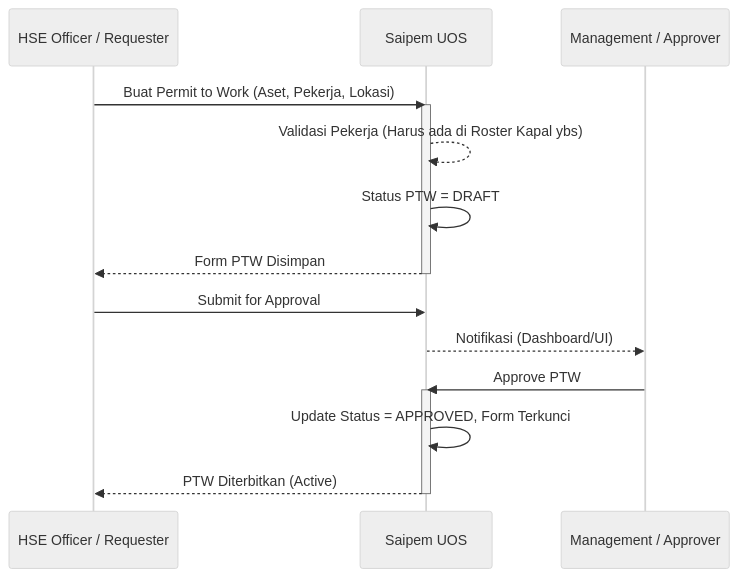
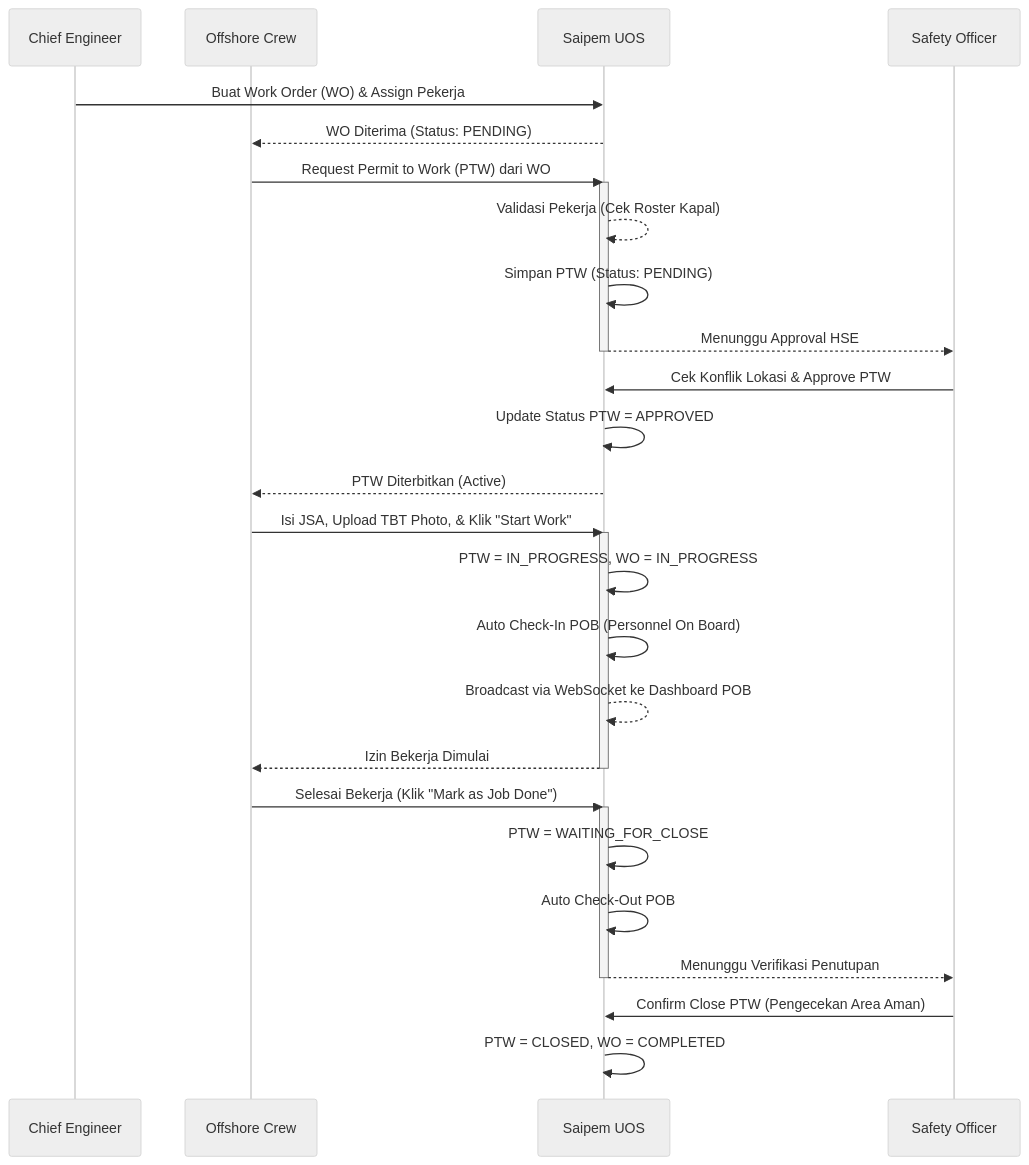
The second of 4 diagrams in README.md (DiegoSavio1027/saipem), drawn with Mermaid (neutral theme) before and after one commit. The commit also changed other lines of this file and 1 other file, not shown here.

Commit message:
docs: update HSE and asset workflow documentation and configure database environment for SQLite integration

````diff
--- a/README.md
+++ b/README.md
@@ -110,22 +110,39 @@
 ```mermaid
 sequenceDiagram
-    participant Worker as HSE Officer / Requester
+    participant Eng as Chief Engineer
+    participant Worker as Offshore Crew
     participant System as Saipem UOS
-    participant Manager as Management / Approver
+    participant HSE as Safety Officer
     
-    Worker->>System: Buat Permit to Work (Aset, Pekerja, Lokasi)
+    Eng->>System: Buat Work Order (WO) & Assign Pekerja
+    System-->>Worker: WO Diterima (Status: PENDING)
+    
+    Worker->>System: Request Permit to Work (PTW) dari WO
     activate System
-    System-->>System: Validasi Pekerja (Harus ada di Roster Kapal ybs)
-    System->>System: Status PTW = DRAFT
-    System-->>Worker: Form PTW Disimpan
+    System-->>System: Validasi Pekerja (Cek Roster Kapal)
+    System->>System: Simpan PTW (Status: PENDING)
+    System-->>HSE: Menunggu Approval HSE
     deactivate System
     
-    Worker->>System: Submit for Approval
-    System-->>Manager: Notifikasi (Dashboard/UI)
+    HSE->>System: Cek Konflik Lokasi & Approve PTW
+    System->>System: Update Status PTW = APPROVED
+    System-->>Worker: PTW Diterbitkan (Active)
     
-    Manager->>System: Approve PTW
+    Worker->>System: Isi JSA, Upload TBT Photo, & Klik "Start Work"
     activate System
-    System->>System: Update Status = APPROVED, Form Terkunci
-    System-->>Worker: PTW Diterbitkan (Active)
+    System->>System: PTW = IN_PROGRESS, WO = IN_PROGRESS
+    System->>System: Auto Check-In POB (Personnel On Board)
+    System-->>System: Broadcast via WebSocket ke Dashboard POB
+    System-->>Worker: Izin Bekerja Dimulai
     deactivate System
+    
+    Worker->>System: Selesai Bekerja (Klik "Mark as Job Done")
+    activate System
+    System->>System: PTW = WAITING_FOR_CLOSE
+    System->>System: Auto Check-Out POB
+    System-->>HSE: Menunggu Verifikasi Penutupan
+    deactivate System
+    
+    HSE->>System: Confirm Close PTW (Pengecekan Area Aman)
+    System->>System: PTW = CLOSED, WO = COMPLETED
 ```
````
